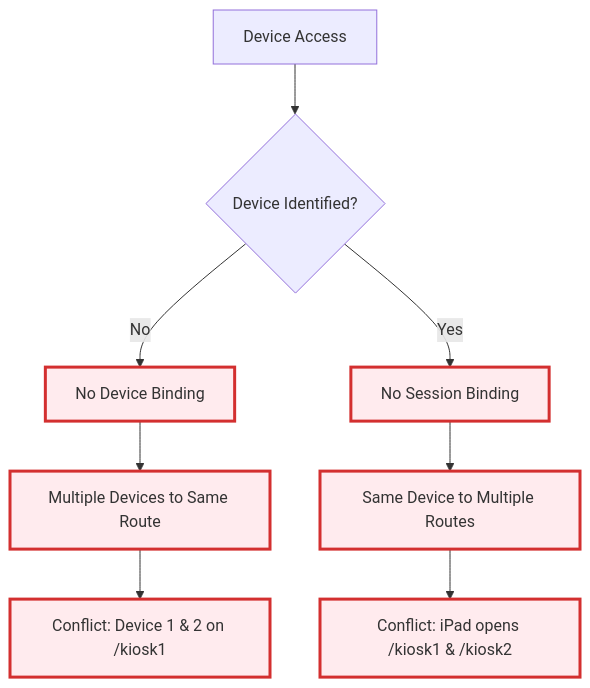
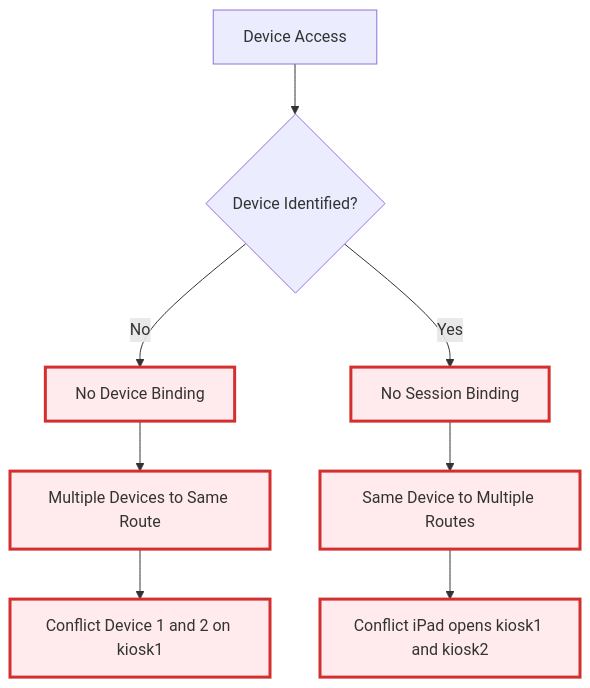
One commit to Splurfa/bx-os changed the fourth of 5 diagrams in Docs/Flowcharts/Current-State/02-current-kiosk-logic.md. Above: the diagram before and after it, drawn with Mermaid. The commit also changed other lines of this file and 9 other files, not shown here.

First line of the commit message:
Fix Mermaid syntax errors

````diff
--- a/Docs/Flowcharts/Current-State/02-current-kiosk-logic.md
+++ b/Docs/Flowcharts/Current-State/02-current-kiosk-logic.md
@@ -76,19 +76,19 @@
 ```mermaid
 flowchart TD
     A[Device Access] --> B{Device Identified?}
     B -->|No| C[No Device Binding]
     B -->|Yes| D[No Session Binding]
     
-    C --> E["Multiple Devices to Same Route"]
-    D --> F["Same Device to Multiple Routes"]
+    C --> E[Multiple Devices to Same Route]
+    D --> F[Same Device to Multiple Routes]
     
-    E --> G["Conflict: Device 1 & 2 on /kiosk1"]
-    F --> H["Conflict: iPad opens /kiosk1 & /kiosk2"]
+    E --> G[Conflict Device 1 and 2 on kiosk1]
+    F --> H[Conflict iPad opens kiosk1 and kiosk2]
     
     style C fill:#ffebee,stroke:#d32f2f,stroke-width:3px
     style D fill:#ffebee,stroke:#d32f2f,stroke-width:3px
     style E fill:#ffebee,stroke:#d32f2f,stroke-width:3px
     style F fill:#ffebee,stroke:#d32f2f,stroke-width:3px
     style G fill:#ffebee,stroke:#d32f2f,stroke-width:3px
     style H fill:#ffebee,stroke:#d32f2f,stroke-width:3px
 ```
````
